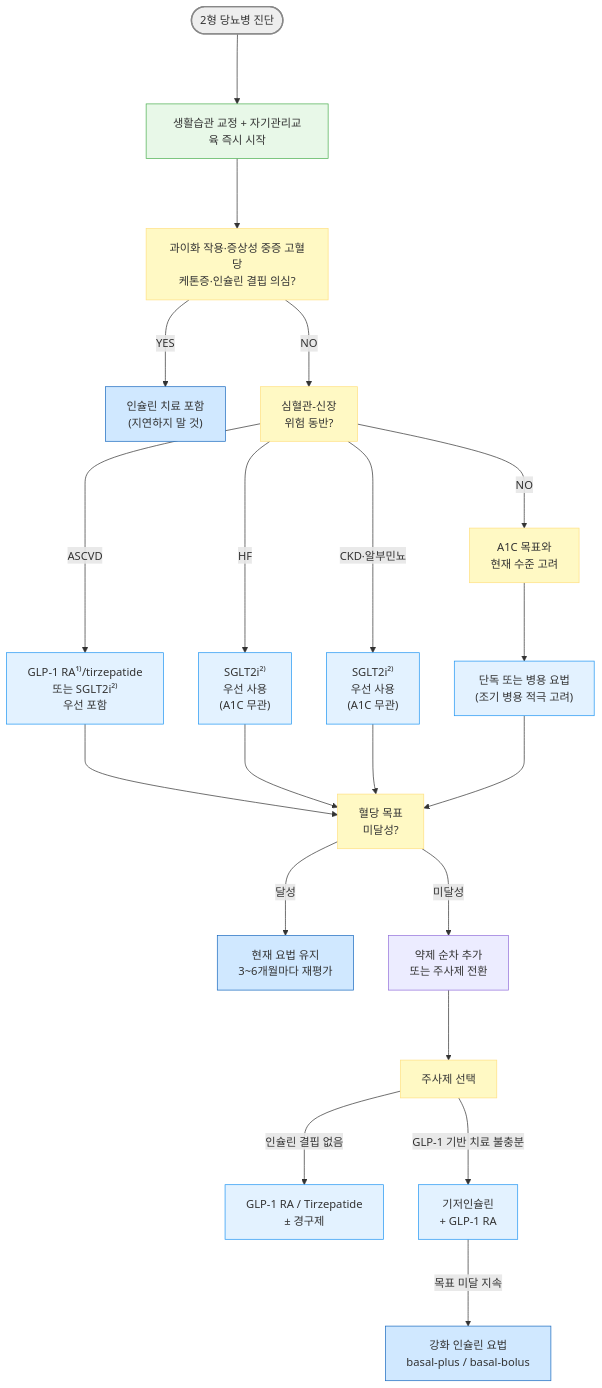
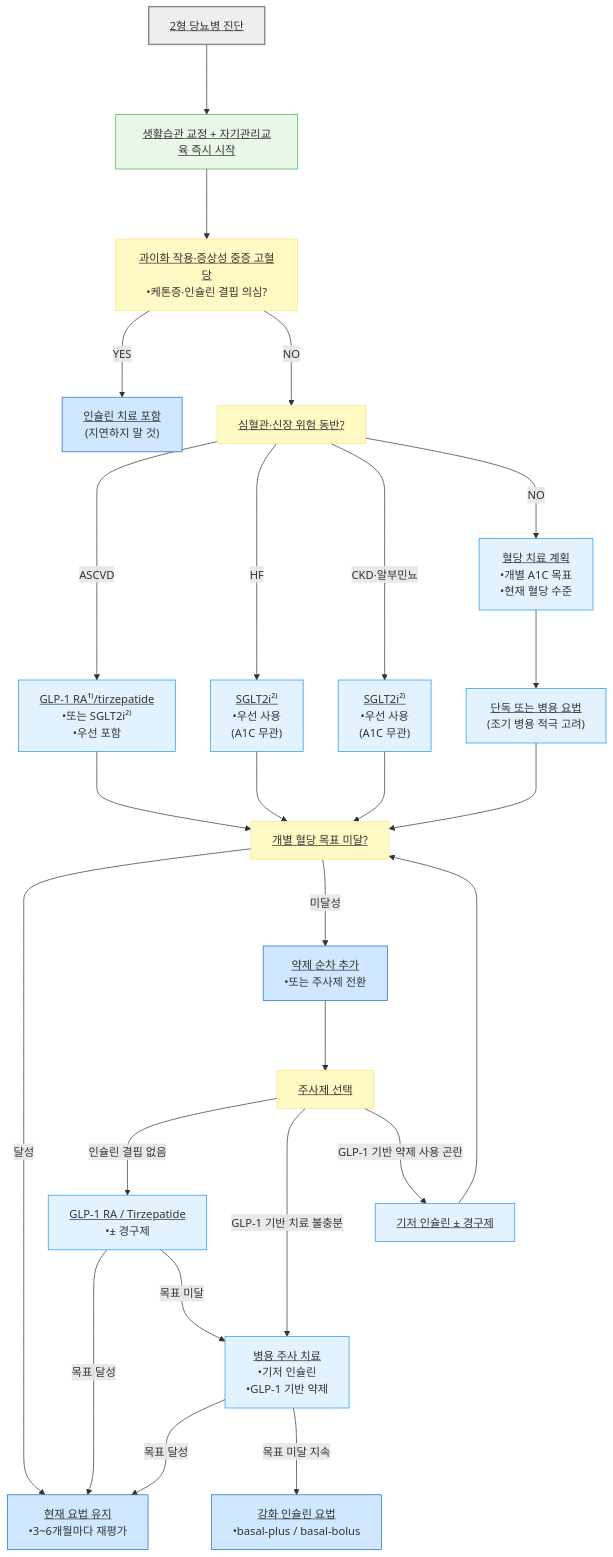
Before and after one commit to familyoh77/familyoh77: the diagram in 226_/101_-dmdrugs.md, drawn with Mermaid. The commit also changed other lines of this file and 9 other files, not shown here.

````diff
--- a/226_/101_-dmdrugs.md
+++ b/226_/101_-dmdrugs.md
@@ -64,31 +64,36 @@
 ```mermaid
 flowchart TD
-    A([2형 당뇨병 진단]) ---> B[생활습관 교정 + 자기관리교육 즉시 시작]
-    B ---> C["과이화 작용·증상성 중증 고혈당\n케톤증·인슐린 결핍 의심?"]
-    C --->|YES| INS["인슐린 치료 포함\n(지연하지 말 것)"]
-    C --->|NO| D[심혈관-신장\n위험 동반?]
-    D --->|ASCVD| E["GLP-1 RA¹⁾/tirzepatide\n또는 SGLT2i²⁾\n우선 포함"]
-    D --->|HF| F["SGLT2i²⁾\n우선 사용\n(A1C 무관)"]
-    D --->|CKD·알부민뇨| G["SGLT2i²⁾\n우선 사용\n(A1C 무관)"]
-    D --->|NO| H[A1C 목표와\n현재 수준 고려]
-    H ---> J["단독 또는 병용 요법\n(조기 병용 적극 고려)"]
- E ---> K[혈당 목표\n미달성?]
+    A["<u>2형 당뇨병 진단</u>"] ---> B["<u>생활습관 교정 + 자기관리교육 즉시 시작</u>"]
+    B ---> C["<u>과이화 작용·증상성 중증 고혈당</u><br/>•케톤증·인슐린 결핍 의심?"]
+    C --->|YES| INS["<u>인슐린 치료 포함</u><br/>(지연하지 말 것)"]
+    C --->|NO| D["<u>심혈관·신장 위험 동반?</u>"]
+    D --->|ASCVD| E["<u>GLP-1 RA¹⁾/tirzepatide</u><br/>•또는 SGLT2i²⁾<br/>•우선 포함"]
+    D --->|HF| F["<u>SGLT2i²⁾</u><br/>•우선 사용<br/>(A1C 무관)"]
+    D --->|CKD·알부민뇨| G["<u>SGLT2i²⁾</u><br/>•우선 사용<br/>(A1C 무관)"]
+    D --->|NO| H["<u>혈당 치료 계획</u><br/>•개별 A1C 목표<br/>•현재 혈당 수준"]
+    H ---> J["<u>단독 또는 병용 요법</u><br/>(조기 병용 적극 고려)"]
+ E ---> K["<u>개별 혈당 목표 미달?</u>"]
  F ---> K
  G ---> K
  J ---> K
- K --->|달성| MAINTAIN["현재 요법 유지\n3~6개월마다 재평가"]
- K --->|미달성| L["약제 순차 추가\n또는 주사제 전환"]
-    L ---> M[주사제 선택]
-    M --->|"인슐린 결핍 없음"| N["GLP-1 RA / Tirzepatide\n± 경구제"]
-    M --->|"GLP-1 기반 치료 불충분"| O["기저인슐린\n+ GLP-1 RA"]
-    O --->|"목표 미달 지속"| P["강화 인슐린 요법\nbasal-plus / basal-bolus"]
+ K --->|달성| MAINTAIN["<u>현재 요법 유지</u><br/>•3~6개월마다 재평가"]
+ K --->|미달성| L["<u>약제 순차 추가</u><br/>•또는 주사제 전환"]
+    L ---> M["<u>주사제 선택</u>"]
+    M --->|"인슐린 결핍 없음"| N["<u>GLP-1 RA / Tirzepatide</u><br/>•± 경구제"]
+    M --->|"GLP-1 기반 치료 불충분"| O["<u>병용 주사 치료</u><br/>•기저 인슐린<br/>•GLP-1 기반 약제"]
+    M --->|"GLP-1 기반 약제 사용 곤란"| Q["<u>기저 인슐린 ± 경구제</u>"]
+    Q ---> K
+    N --->|"목표 달성"| MAINTAIN
+    O --->|"목표 달성"| MAINTAIN
+    N --->|"목표 미달"| O
+    O --->|"목표 미달 지속"| P["<u>강화 인슐린 요법</u><br/>•basal-plus / basal-bolus"]
 
 style A fill:#eeeeee,stroke:#888888,stroke-width:2px
 style B fill:#e8f8e8,stroke:#4caf50
 classDef sky fill:#e3f2ff,stroke:#2196f3
-class E,F,G,N,O,J sky
-classDef yellow fill:#fff9c4,stroke:#ffe082
-class C,D,H,M,K yellow
+class E,F,G,H,N,O,J,Q sky
+classDef question fill:#fff9c4,stroke:#ffe082
+class C,D,M,K question
 classDef blue fill:#d0e8ff,stroke:#1a6abf
-class INS,P,MAINTAIN blue
+class INS,P,MAINTAIN,L blue
 ```
````
